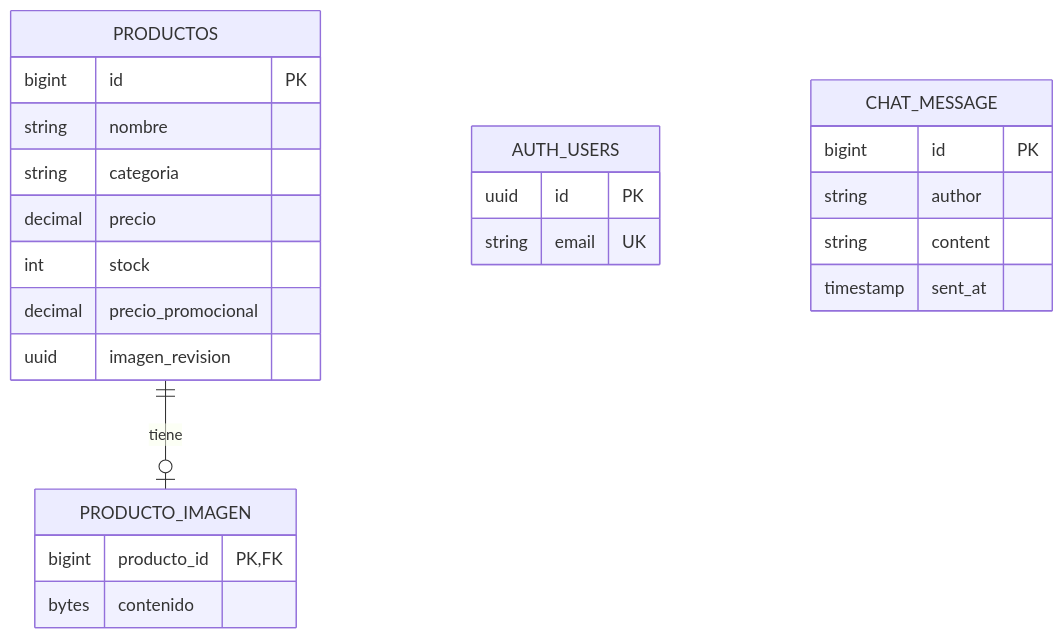
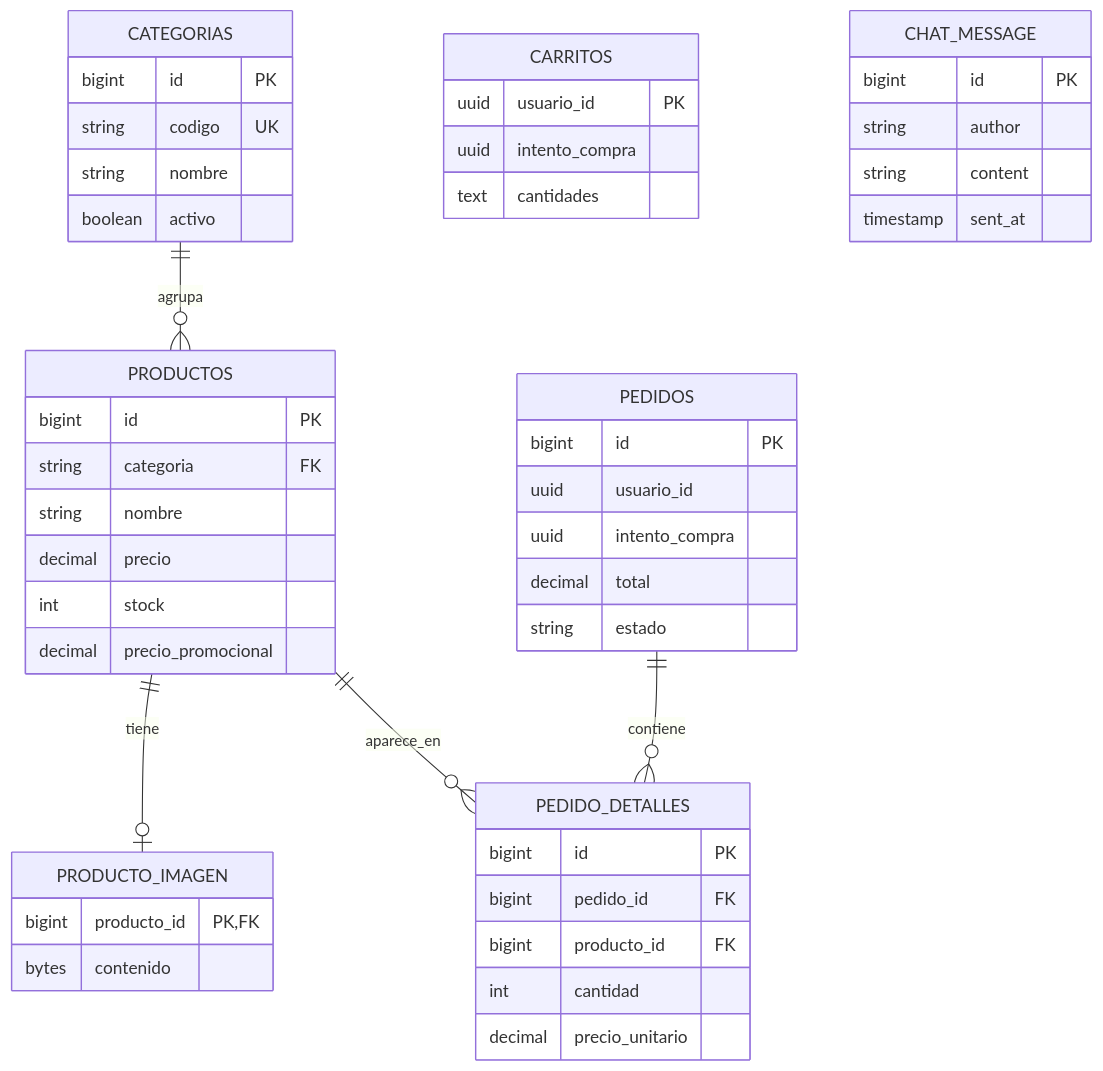
One commit to SaulTualombo01/LaCesta-ProyectoWebAvanzadas changed the second of 2 diagrams in README.md. Above: the diagram before and after it, drawn with Mermaid. The commit also changed other lines of this file, not shown here.

````diff
--- a/README.md
+++ b/README.md
@@ -165,27 +179,51 @@
 ```mermaid
 erDiagram
-    PRODUCTOS ||--o| PRODUCTO_IMAGEN : "tiene"
+    CATEGORIAS ||--o{ PRODUCTOS : agrupa
+    PRODUCTOS ||--o| PRODUCTO_IMAGEN : tiene
+    PRODUCTOS ||--o{ PEDIDO_DETALLES : aparece_en
+    PEDIDOS ||--o{ PEDIDO_DETALLES : contiene
+
+    CATEGORIAS {
+        bigint id PK
+        string codigo UK
+        string nombre
+        boolean activo
+    }
     PRODUCTOS {
         bigint id PK
+        string categoria FK
         string nombre
-        string categoria
         decimal precio
         int stock
         decimal precio_promocional
-        uuid imagen_revision
     }
     PRODUCTO_IMAGEN {
         bigint producto_id PK, FK
         bytes contenido
     }
-    AUTH_USERS {
-        uuid id PK
-        string email UK
+    PEDIDOS {
+        bigint id PK
+        uuid usuario_id
+        uuid intento_compra
+        decimal total
+        string estado
+    }
+    PEDIDO_DETALLES {
+        bigint id PK
+        bigint pedido_id FK
+        bigint producto_id FK
+        int cantidad
+        decimal precio_unitario
+    }
+    CARRITOS {
+        uuid usuario_id PK
+        uuid intento_compra
+        text cantidades
     }
     CHAT_MESSAGE {
         bigint id PK
         string author
         string content
         timestamp sent_at
     }
 ```
````
